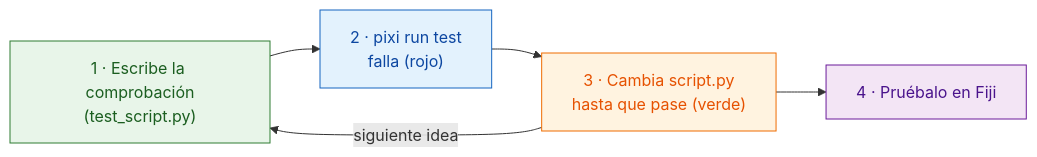
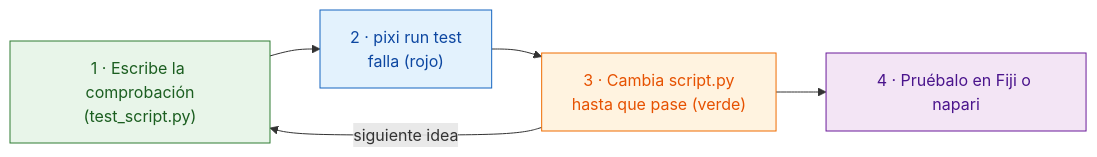
Before and after one commit to Oxford-Zeiss-Centre-of-Excellence/Wavu: the diagram in guide/write/test-without-fiji.es.md, drawn with Mermaid. The commit also changed other lines of this file and 70 other files, not shown here.

````diff
--- a/guide/write/test-without-fiji.es.md
+++ b/guide/write/test-without-fiji.es.md
@@ -20,14 +21,14 @@
 ```mermaid
 flowchart LR
     T["1 · Escribe la comprobación<br/>(test_script.py)"]:::worker
     R["2 · pixi run test<br/>falla (rojo)"]:::fiji
     S["3 · Cambia script.py<br/>hasta que pase (verde)"]:::script
-    F["4 · Pruébalo en Fiji"]:::env
+    F["4 · Pruébalo en Fiji o napari"]:::env
     T --> R --> S --> F
     S -- "siguiente idea" --> T
 
     classDef fiji   fill:#e3f2fd,stroke:#1565c0,color:#0d47a1
     classDef worker fill:#e8f5e9,stroke:#2e7d32,color:#1b5e20
     classDef script fill:#fff3e0,stroke:#ef6c00,color:#e65100
     classDef env    fill:#f3e5f5,stroke:#6a1b9a,color:#4a148c
 ```
````
